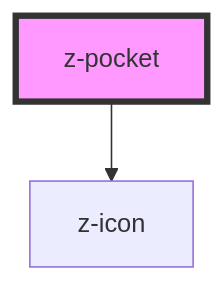
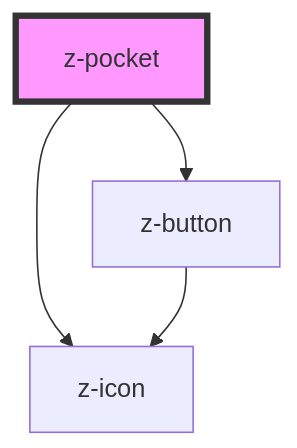
One commit to ZanichelliEditore/design-system changed the diagram in src/components/notification/z-pocket/readme.md. Above: the diagram before and after it, drawn with Mermaid. The commit also changed other lines of this file and 7 other files, not shown here.

````diff
--- a/src/components/notification/z-pocket/readme.md
+++ b/src/components/notification/z-pocket/readme.md
@@ -51,5 +54,7 @@
 ```mermaid
 graph TD;
   z-pocket --> z-icon
+  z-pocket --> z-button
+  z-button --> z-icon
   style z-pocket fill:#f9f,stroke:#333,stroke-width:4px
 ```
````
